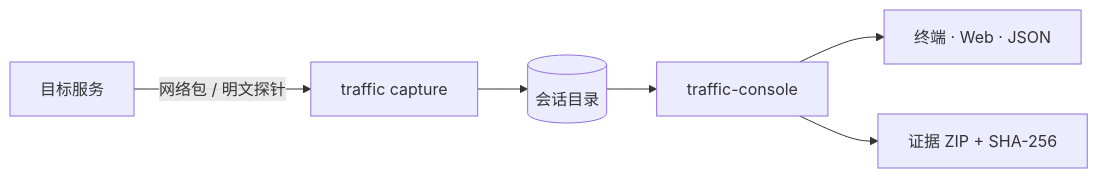
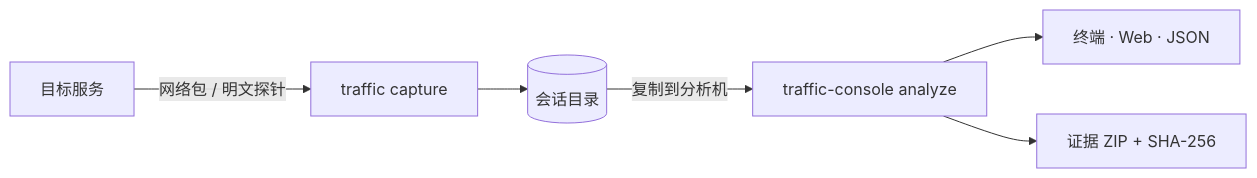
One commit to Sunmedalia/traffic changed the diagram in README.md. Above: the diagram before and after it, drawn with Mermaid. The commit also changed other lines of this file and 14 other files, not shown here.

````diff
--- a/README.md
+++ b/README.md
@@ -35,8 +39,8 @@
 ```mermaid
 flowchart LR
     A[目标服务] -->|网络包 / 明文探针| B[traffic capture]
     B --> C[(会话目录)]
-    C --> D[traffic-console]
+    C -->|复制到分析机| D[traffic-console analyze]
     D --> E[终端 · Web · JSON]
     D --> F[证据 ZIP + SHA-256]
 ```
````
